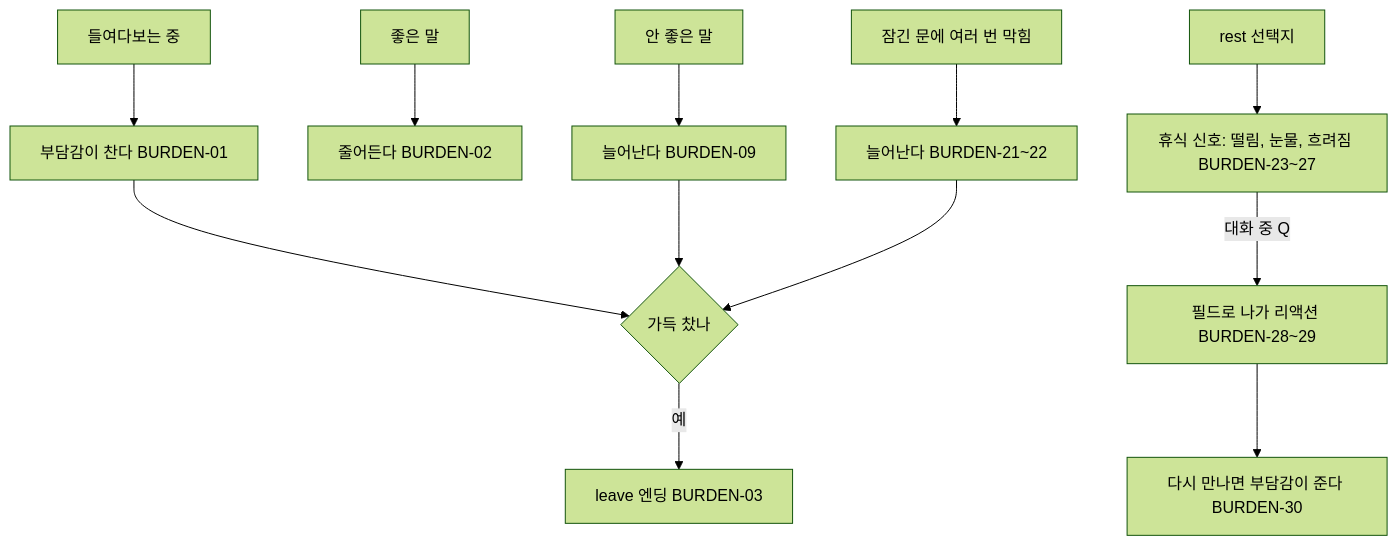
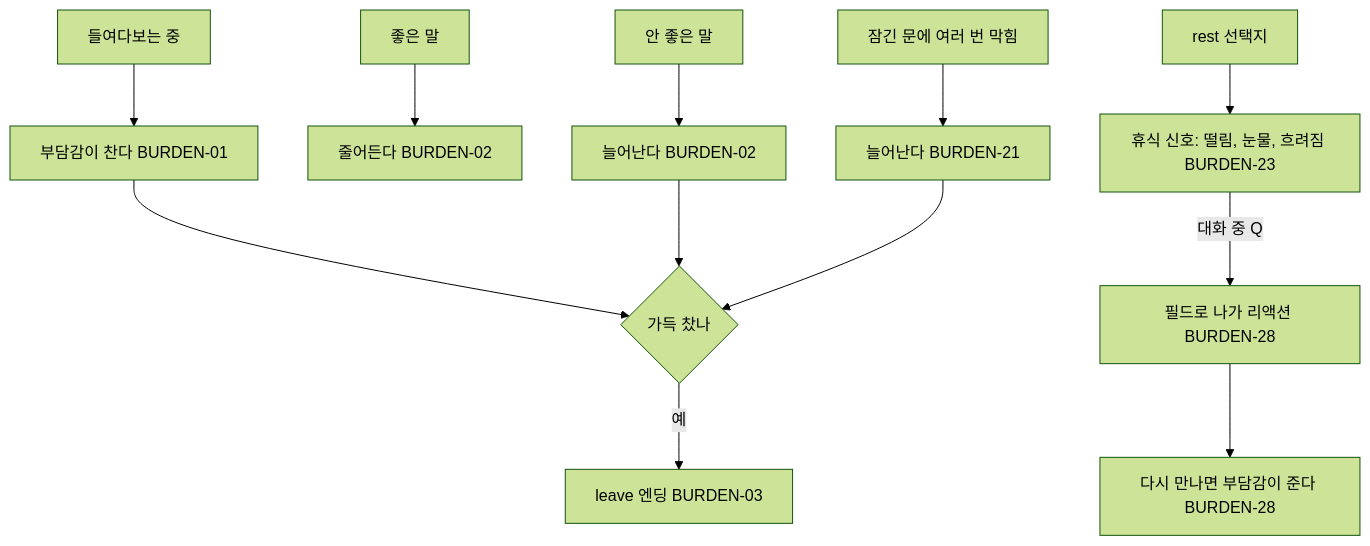
Before and after one commit to xpaklove12-lang/Corner1: the diagram in docs/specs/burden.md, drawn with Mermaid (forest theme). The commit also changed other lines of this file and 48 other files, not shown here.

````diff
--- a/docs/specs/burden.md
+++ b/docs/specs/burden.md
@@ -9,14 +9,14 @@
 ```mermaid
 flowchart TD
     A[들여다보는 중] --> B[부담감이 찬다 BURDEN-01]
     C[좋은 말] --> D[줄어든다 BURDEN-02]
-    E[안 좋은 말] --> F[늘어난다 BURDEN-09]
-    G[잠긴 문에 여러 번 막힘] --> H[늘어난다 BURDEN-21~22]
+    E[안 좋은 말] --> F[늘어난다 BURDEN-02]
+    G[잠긴 문에 여러 번 막힘] --> H[늘어난다 BURDEN-21]
     B --> I{가득 찼나}
     F --> I
     H --> I
     I -->|예| J[leave 엔딩 BURDEN-03]
-    K[rest 선택지] --> L[휴식 신호: 떨림, 눈물, 흐려짐 BURDEN-23~27]
-    L -->|대화 중 Q| M[필드로 나가 리액션 BURDEN-28~29]
-    M --> N[다시 만나면 부담감이 준다 BURDEN-30]
+    K[rest 선택지] --> L[휴식 신호: 떨림, 눈물, 흐려짐 BURDEN-23]
+    L -->|대화 중 Q| M[필드로 나가 리액션 BURDEN-28]
+    M --> N[다시 만나면 부담감이 준다 BURDEN-28]
 ```
````
